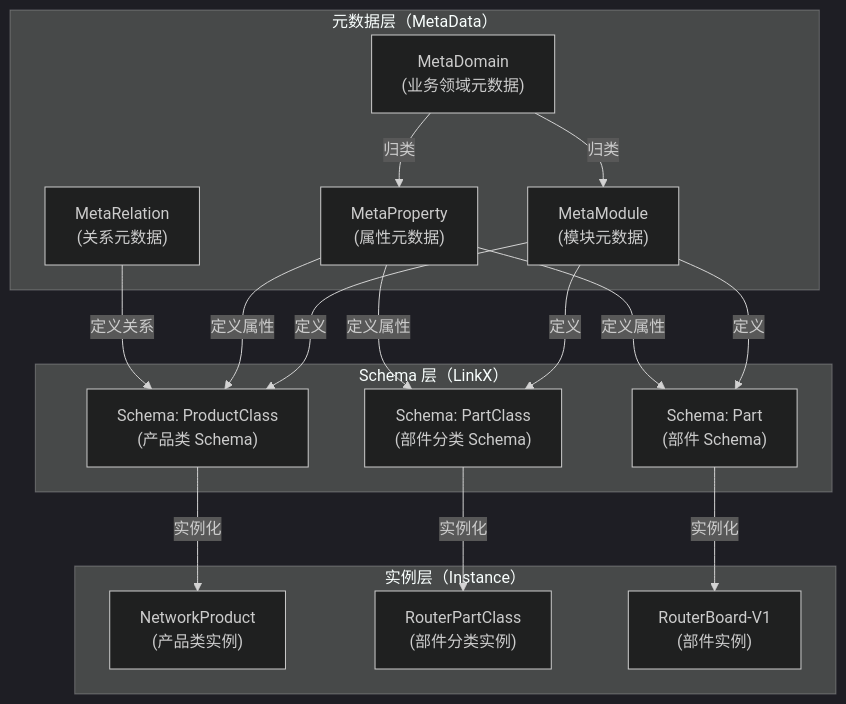
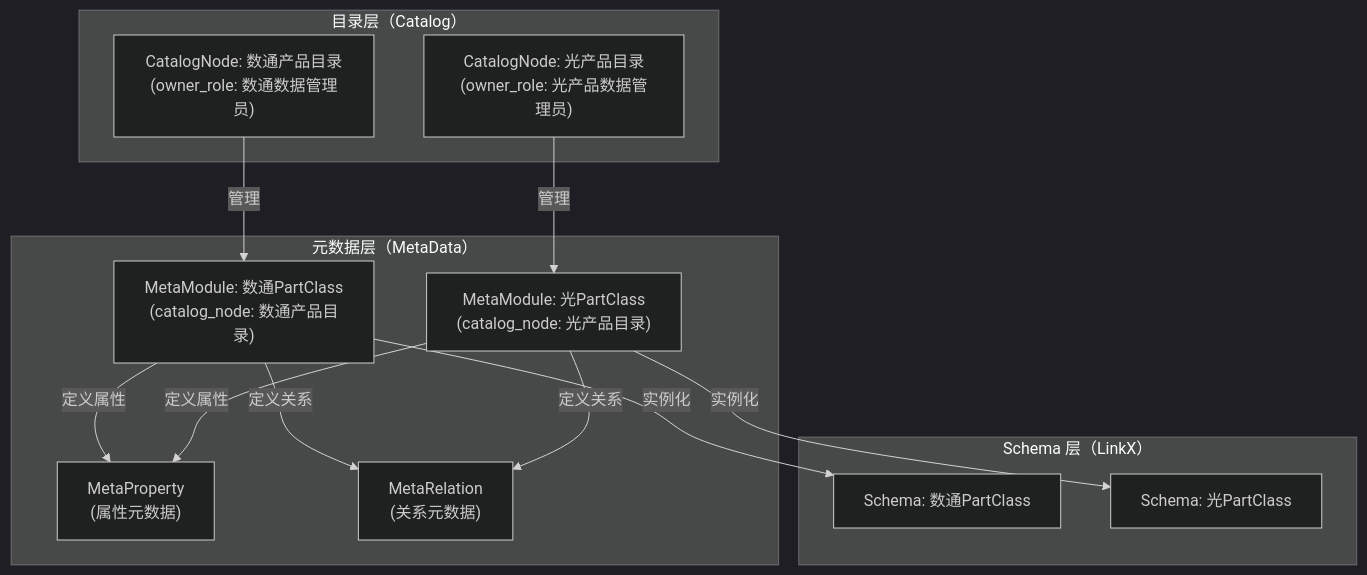
Before and after one commit to goflyboy/digitalproduct: the sixth of 8 diagrams in docs/数字产品系统架构设计说明书.md, drawn with Mermaid (dark theme). The commit also changed other lines of this file and 1 other file, not shown here.

````diff
--- a/docs/数字产品系统架构设计说明书.md
+++ b/docs/数字产品系统架构设计说明书.md
@@ -1679,35 +1835,29 @@
 ```mermaid
 flowchart TB
+    subgraph CatalogLayer["目录层（Catalog）"]
+        CN1["CatalogNode: 数通产品目录<br/>(owner_role: 数通数据管理员)"]
+        CN2["CatalogNode: 光产品目录<br/>(owner_role: 光产品数据管理员)"]
+    end
+
     subgraph MetaLayer["元数据层（MetaData）"]
-        MM["MetaModule<br/>(模块元数据)"]
+        MM1["MetaModule: 数通PartClass<br/>(catalog_node: 数通产品目录)"]
+        MM2["MetaModule: 光PartClass<br/>(catalog_node: 光产品目录)"]
         MP["MetaProperty<br/>(属性元数据)"]
         MR["MetaRelation<br/>(关系元数据)"]
-        MD["MetaDomain<br/>(业务领域元数据)"]
     end
 
     subgraph SchemaLayer["Schema 层（LinkX）"]
-        S1["Schema: ProductClass<br/>(产品类 Schema)"]
-        S2["Schema: PartClass<br/>(部件分类 Schema)"]
-        S3["Schema: Part<br/>(部件 Schema)"]
+        S1["Schema: 数通PartClass"]
+        S2["Schema: 光PartClass"]
     end
 
-    subgraph InstanceLayer["实例层（Instance）"]
-        I1["NetworkProduct<br/>(产品类实例)"]
-        I2["RouterPartClass<br/>(部件分类实例)"]
-        I3["RouterBoard-V1<br/>(部件实例)"]
-    end
+    CN1 -->|管理| MM1
+    CN2 -->|管理| MM2
+    MM1 -->|定义属性| MP
+    MM2 -->|定义属性| MP
+    MM1 -->|定义关系| MR
+    MM2 -->|定义关系| MR
 
-    MM -->|定义| S1
-    MM -->|定义| S2
-    MM -->|定义| S3
-    MP -->|定义属性| S1
-    MP -->|定义属性| S2
-    MP -->|定义属性| S3
-    MR -->|定义关系| S1
-    MD -->|归类| MM
-    MD -->|归类| MP
-
-    S1 -->|实例化| I1
-    S2 -->|实例化| I2
-    S3 -->|实例化| I3
+    MM1 -->|实例化| S1
+    MM2 -->|实例化| S2
 ```
````
